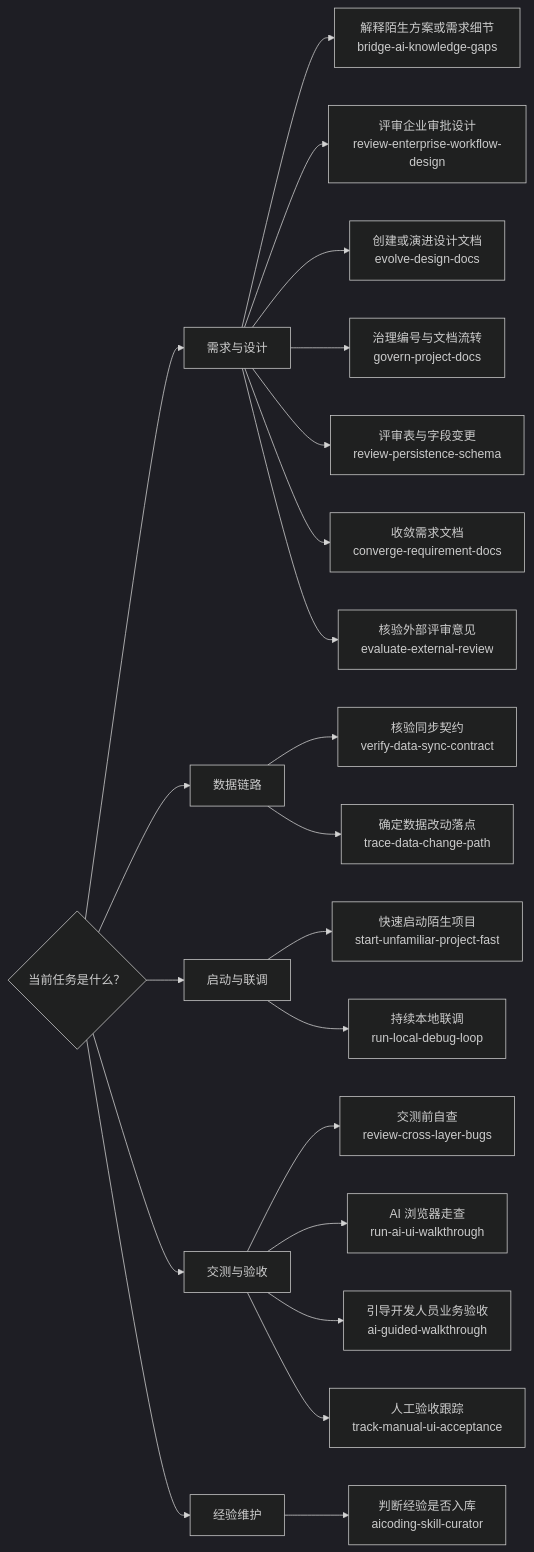
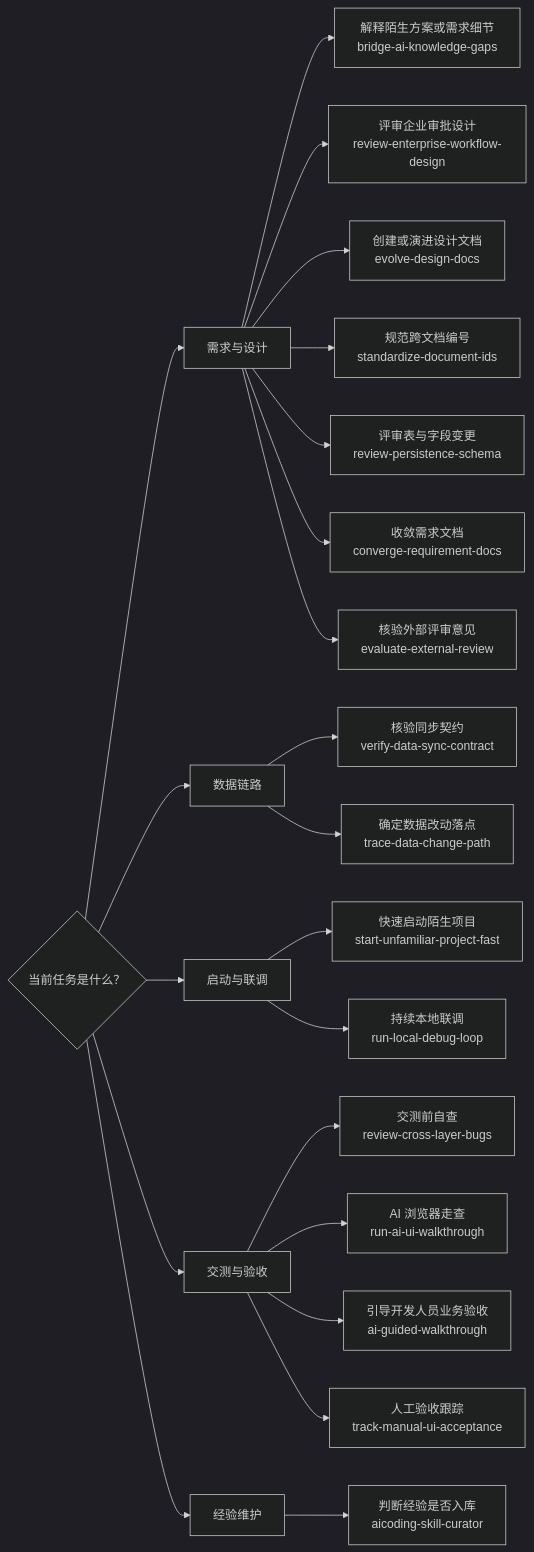
The diagram in README.md (KelvinFanXian/aicoding), drawn with Mermaid (dark theme) before and after one commit. The commit also changed other lines of this file and 4 other files, not shown here.

````diff
--- a/README.md
+++ b/README.md
@@ -55,25 +55,25 @@
 ```mermaid
 flowchart LR
     Q{"当前任务是什么？"}
     Q --> A["需求与设计"]
     A --> A1["解释陌生方案或需求细节<br/>bridge-ai-knowledge-gaps"]
     A --> A2["评审企业审批设计<br/>review-enterprise-workflow-design"]
     A --> A3["创建或演进设计文档<br/>evolve-design-docs"]
-    A --> A7["治理编号与文档流转<br/>govern-project-docs"]
+    A --> A7["规范跨文档编号<br/>standardize-document-ids"]
     A --> A6["评审表与字段变更<br/>review-persistence-schema"]
     A --> A4["收敛需求文档<br/>converge-requirement-docs"]
     A --> A5["核验外部评审意见<br/>evaluate-external-review"]
     Q --> B["数据链路"]
     B --> B1["核验同步契约<br/>verify-data-sync-contract"]
     B --> B2["确定数据改动落点<br/>trace-data-change-path"]
     Q --> C["启动与联调"]
     C --> C1["快速启动陌生项目<br/>start-unfamiliar-project-fast"]
     C --> C2["持续本地联调<br/>run-local-debug-loop"]
     Q --> D["交测与验收"]
     D --> D1["交测前自查<br/>review-cross-layer-bugs"]
     D --> D2["AI 浏览器走查<br/>run-ai-ui-walkthrough"]
     D --> D3["引导开发人员业务验收<br/>ai-guided-walkthrough"]
     D --> D4["人工验收跟踪<br/>track-manual-ui-acceptance"]
     Q --> E["经验维护"]
     E --> E1["判断经验是否入库<br/>aicoding-skill-curator"]
 ```
````
